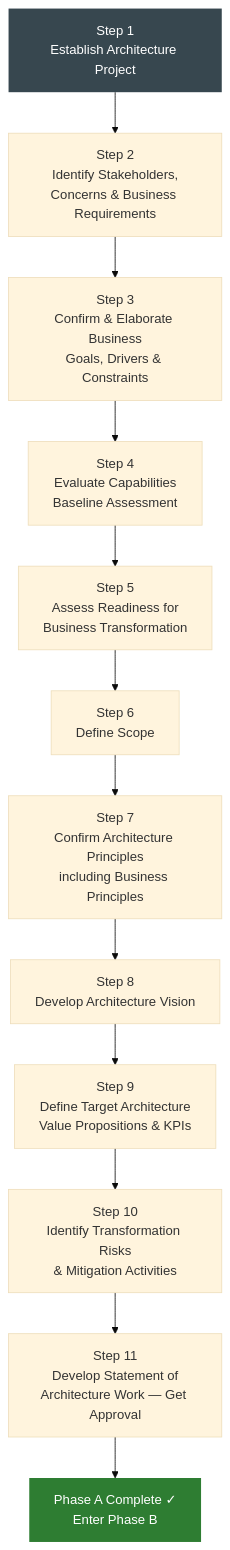
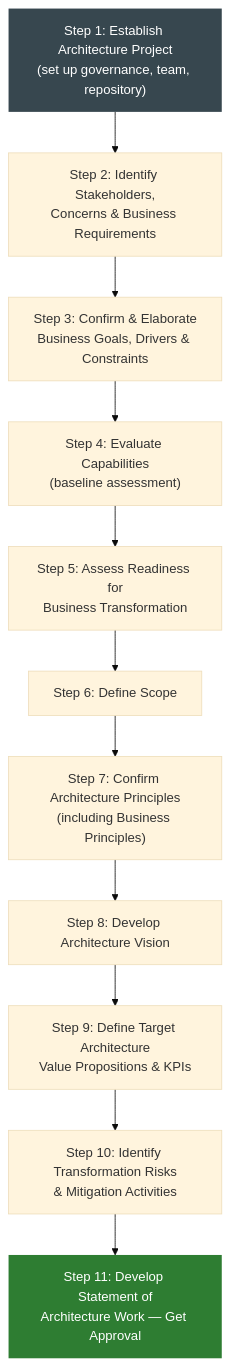
The second of 4 diagrams in docs/knowledge/adm/architecture-vision.md (Yuvarajsfcloud/Knowledge-Library), drawn with Mermaid (base theme) before and after one commit. The commit also changed other lines of this file and 1 other file, not shown here.

````diff
--- a/docs/knowledge/adm/architecture-vision.md
+++ b/docs/knowledge/adm/architecture-vision.md
@@ -19,19 +63,17 @@
 ``` mermaid
 flowchart TD
-    A["Step 1\nEstablish Architecture Project"] --> B
-    B["Step 2\nIdentify Stakeholders,\nConcerns & Business Requirements"] --> C
-    C["Step 3\nConfirm & Elaborate Business\nGoals, Drivers & Constraints"] --> D
-    D["Step 4\nEvaluate Capabilities\nBaseline Assessment"] --> E
-    E["Step 5\nAssess Readiness for\nBusiness Transformation"] --> F
-    F["Step 6\nDefine Scope"] --> G
-    G["Step 7\nConfirm Architecture Principles\nincluding Business Principles"] --> H
-    H["Step 8\nDevelop Architecture Vision"] --> I
-    I["Step 9\nDefine Target Architecture\nValue Propositions & KPIs"] --> J
-    J["Step 10\nIdentify Transformation Risks\n& Mitigation Activities"] --> K
-    K["Step 11\nDevelop Statement of\nArchitecture Work — Get Approval"] --> L
+    S1["Step 1: Establish Architecture Project\n(set up governance, team, repository)"] --> S2
+    S2["Step 2: Identify Stakeholders,\nConcerns & Business Requirements"] --> S3
+    S3["Step 3: Confirm & Elaborate\nBusiness Goals, Drivers & Constraints"] --> S4
+    S4["Step 4: Evaluate Capabilities\n(baseline assessment)"] --> S5
+    S5["Step 5: Assess Readiness for\nBusiness Transformation"] --> S6
+    S6["Step 6: Define Scope"] --> S7
+    S7["Step 7: Confirm Architecture Principles\n(including Business Principles)"] --> S8
+    S8["Step 8: Develop Architecture Vision"] --> S9
+    S9["Step 9: Define Target Architecture\nValue Propositions & KPIs"] --> S10
+    S10["Step 10: Identify Transformation Risks\n& Mitigation Activities"] --> S11
+    S11["Step 11: Develop Statement of\nArchitecture Work — Get Approval"]
 
-    L["Phase A Complete ✓\nEnter Phase B"]
-
-    style A fill:#37474f,color:#fff,stroke:none
-    style L fill:#2e7d32,color:#fff,stroke:none
+    style S1 fill:#37474f,color:#fff,stroke:none
+    style S11 fill:#2e7d32,color:#fff,stroke:none
 ```
````
